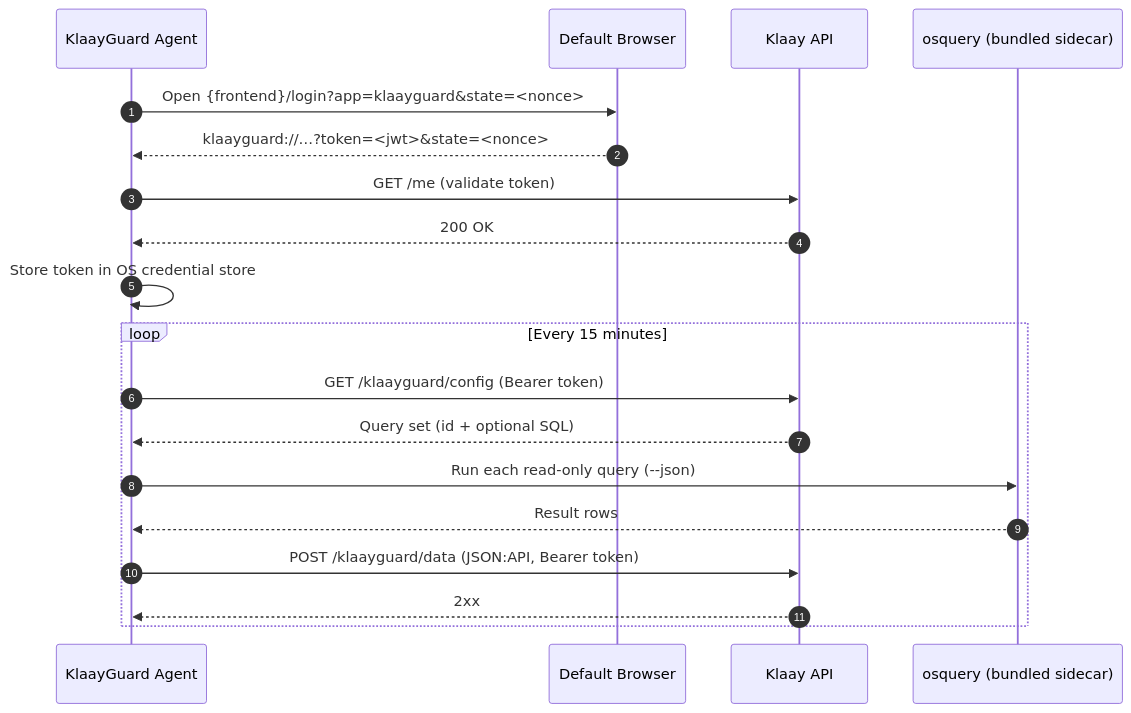
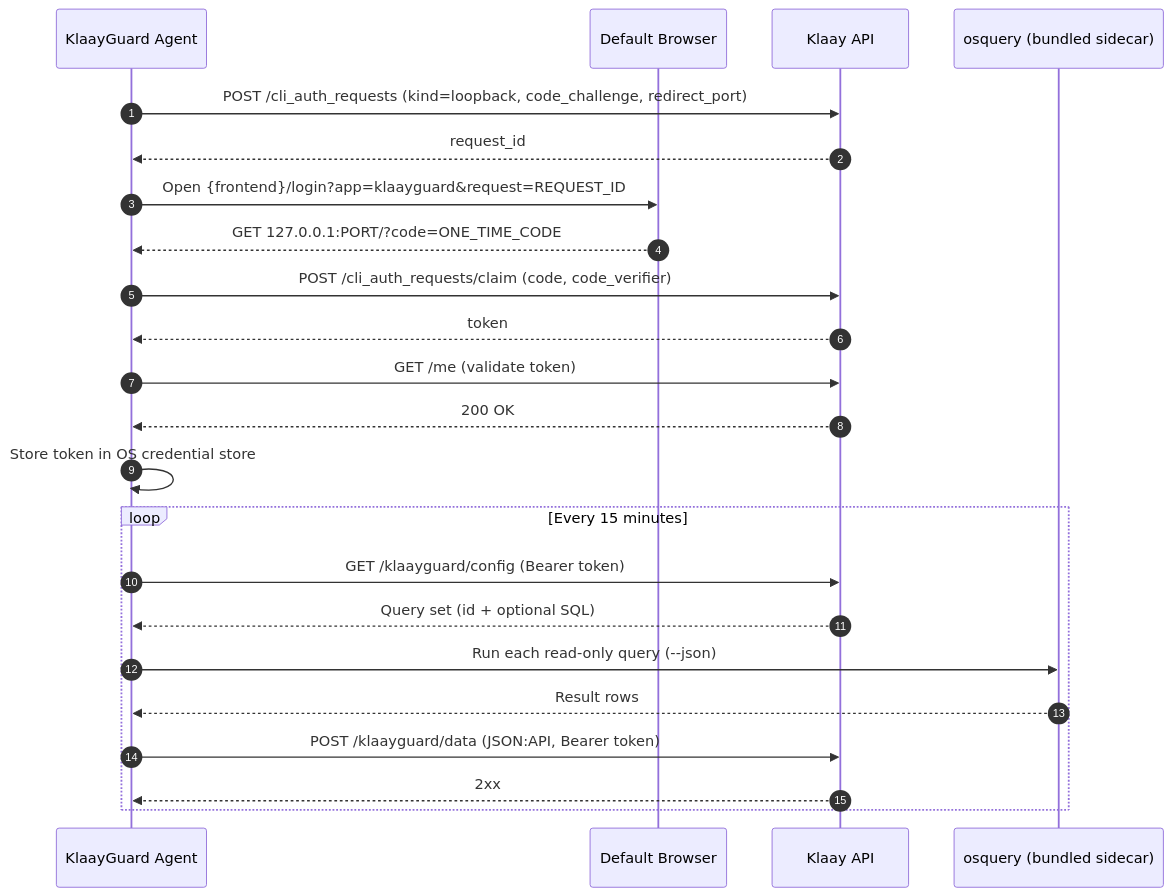
Before and after one commit to klaayinc/klaayguard: the diagram in README.md, drawn with Mermaid. The commit also changed other lines of this file and 7 other files, not shown here.

````diff
--- a/README.md
+++ b/README.md
@@ -21,25 +21,29 @@
 ```mermaid
 sequenceDiagram
     autonumber
     participant Agent as KlaayGuard Agent
     participant Browser as Default Browser
     participant API as Klaay API
     participant Osquery as osquery (bundled sidecar)
 
     %% Sign-in (first launch or after 401/403)
-    Agent->>Browser: Open {frontend}/login?app=klaayguard&state=<nonce>
-    Browser-->>Agent: klaayguard://…?token=<jwt>&state=<nonce>
+    Agent->>API: POST /cli_auth_requests (kind=loopback, code_challenge, redirect_port)
+    API-->>Agent: request_id
+    Agent->>Browser: Open {frontend}/login?app=klaayguard&request=REQUEST_ID
+    Browser-->>Agent: GET 127.0.0.1:PORT/?code=ONE_TIME_CODE
+    Agent->>API: POST /cli_auth_requests/claim (code, code_verifier)
+    API-->>Agent: token
     Agent->>API: GET /me (validate token)
     API-->>Agent: 200 OK
     Agent->>Agent: Store token in OS credential store
 
     %% Collection loop
     loop Every 15 minutes
         Agent->>API: GET /klaayguard/config (Bearer token)
         API-->>Agent: Query set (id + optional SQL)
         Agent->>Osquery: Run each read-only query (--json)
         Osquery-->>Agent: Result rows
         Agent->>API: POST /klaayguard/data (JSON:API, Bearer token)
         API-->>Agent: 2xx
     end
 ```
````
